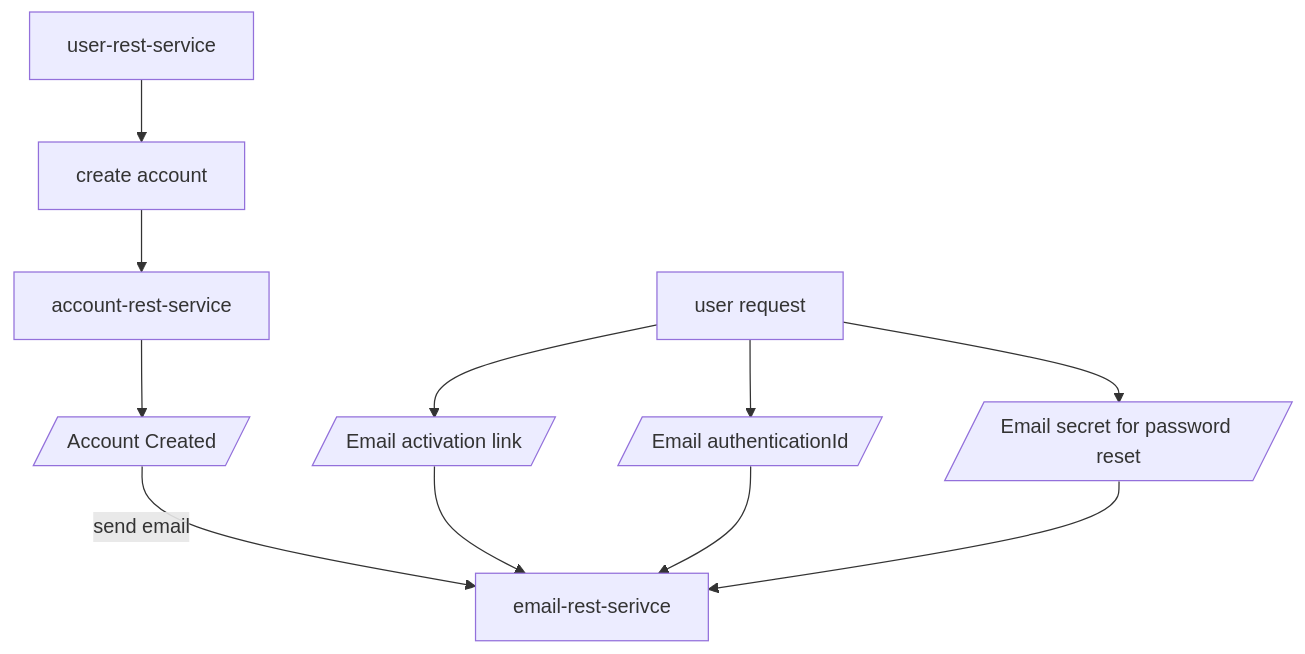
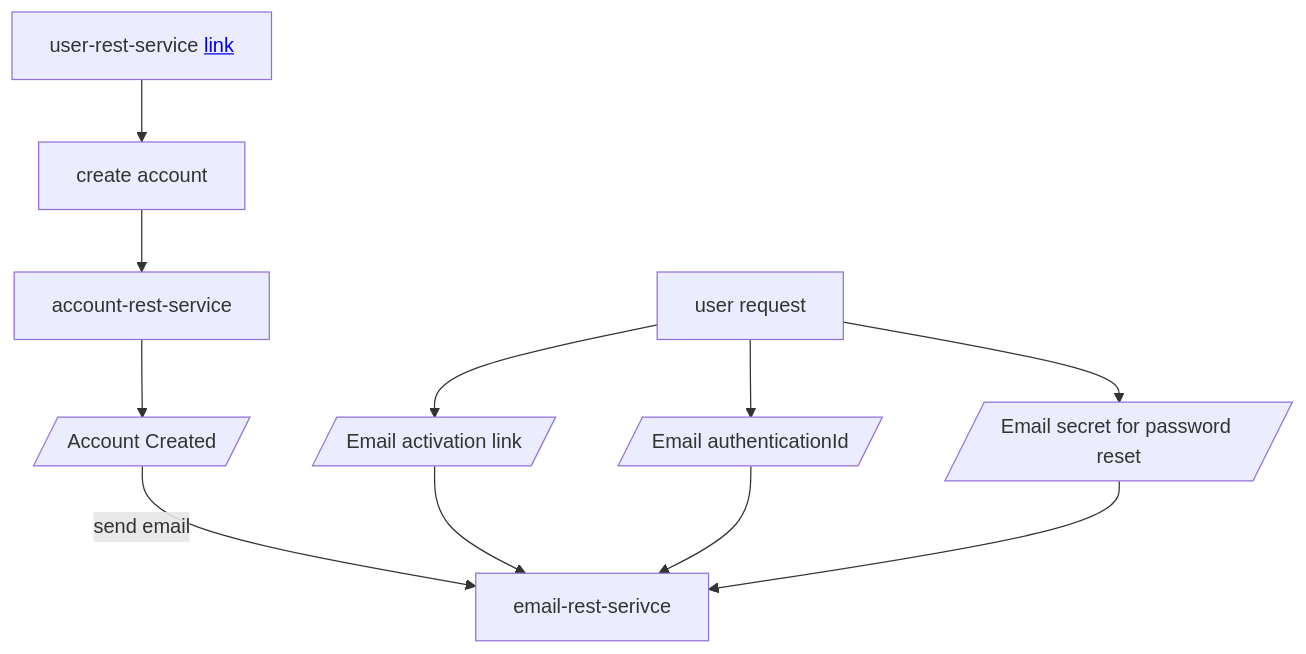
The diagram in README.md (sonamsamdupkhangsar/email-rest-service), drawn with Mermaid before and after one commit.

Commit message:
add mermaidms

````diff
--- a/README.md
+++ b/README.md
@@ -9,8 +9,8 @@
 ```mermaid
 flowchart TD
- UserService[user-rest-service] --> create[create account] -->Account[account-rest-service]
+ UserService[user-rest-service <a href='https://github.com/sonamsamdupkhangsar/user-rest-service'>link</a>] --> create[create account] -->Account[account-rest-service]
  Account-->accountCreated[/Account Created/]--"send email"--> email[email-rest-serivce]
  User[user request] --> emailActivationLink[/Email activation link/]--> email 
  User --> emailAuthenticationId[/Email authenticationId/]--> email
  User -->emailSecret[/Email secret for password reset/] -->email
 ```
````
